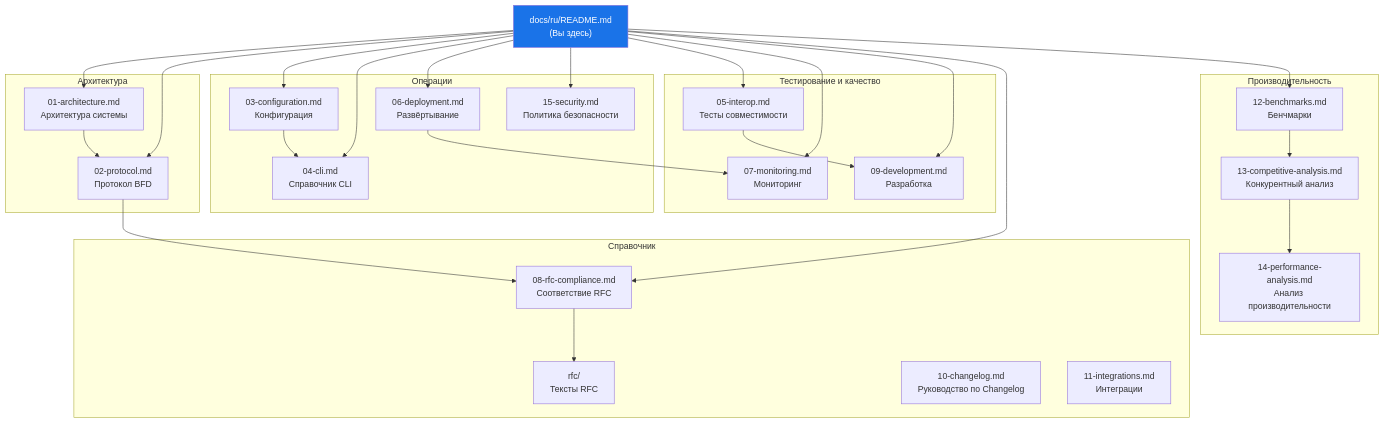
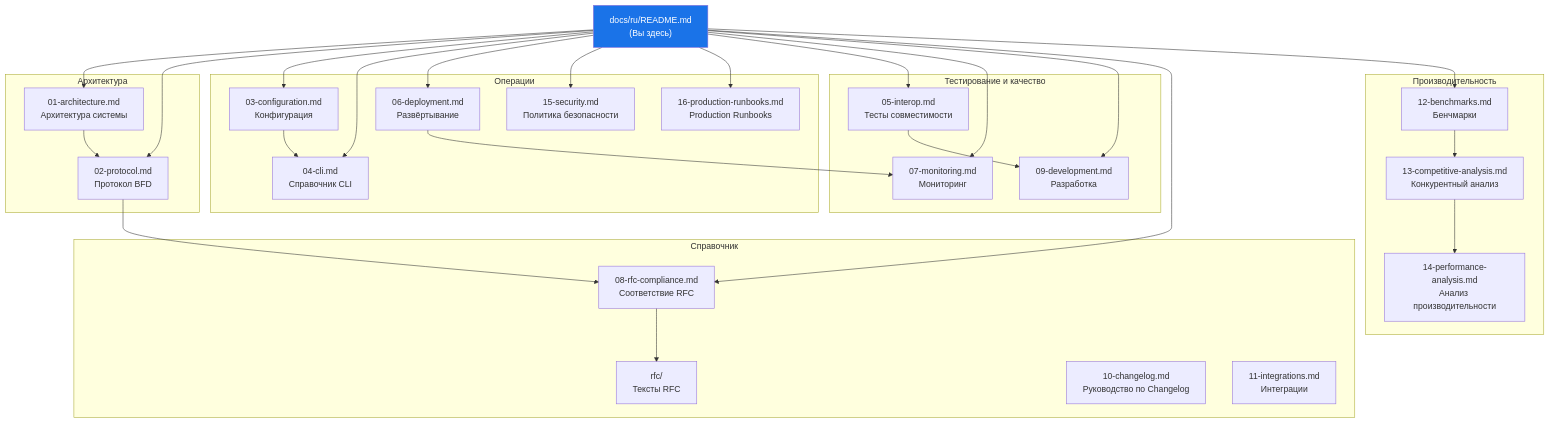
The diagram in docs/ru/README.md (dantte-lp/gobfd), drawn with Mermaid before and after one commit. The commit also changed other lines of this file and 18 other files, not shown here.

Commit message:
docs(examples): add production integration runbooks

````diff
--- a/docs/ru/README.md
+++ b/docs/ru/README.md
@@ -14,58 +14,60 @@
 ```mermaid
 graph TD
     IDX["docs/ru/README.md<br/>(Вы здесь)"]
 
     subgraph "Архитектура"
         A1["01-architecture.md<br/>Архитектура системы"]
         A2["02-protocol.md<br/>Протокол BFD"]
     end
 
     subgraph "Операции"
         B1["03-configuration.md<br/>Конфигурация"]
         B2["04-cli.md<br/>Справочник CLI"]
         B3["06-deployment.md<br/>Развёртывание"]
         B4["15-security.md<br/>Политика безопасности"]
+        B5["16-production-runbooks.md<br/>Production Runbooks"]
     end
 
     subgraph "Тестирование и качество"
         C1["05-interop.md<br/>Тесты совместимости"]
         C2["07-monitoring.md<br/>Мониторинг"]
         C3["09-development.md<br/>Разработка"]
     end
 
     subgraph "Производительность"
         E1["12-benchmarks.md<br/>Бенчмарки"]
         E2["13-competitive-analysis.md<br/>Конкурентный анализ"]
         E3["14-performance-analysis.md<br/>Анализ производительности"]
     end
 
     subgraph "Справочник"
         D1["08-rfc-compliance.md<br/>Соответствие RFC"]
         D2["rfc/<br/>Тексты RFC"]
         D3["10-changelog.md<br/>Руководство по Changelog"]
         D4["11-integrations.md<br/>Интеграции"]
     end
 
     IDX --> A1
     IDX --> A2
     IDX --> B1
     IDX --> B2
     IDX --> B3
     IDX --> B4
+    IDX --> B5
     IDX --> C1
     IDX --> C2
     IDX --> C3
     IDX --> D1
     IDX --> E1
 
     A1 --> A2
     A2 --> D1
     B1 --> B2
     B3 --> C2
     C1 --> C3
     D1 --> D2
     E1 --> E2
     E2 --> E3
 
     style IDX fill:#1a73e8,color:#fff
 ```
````
